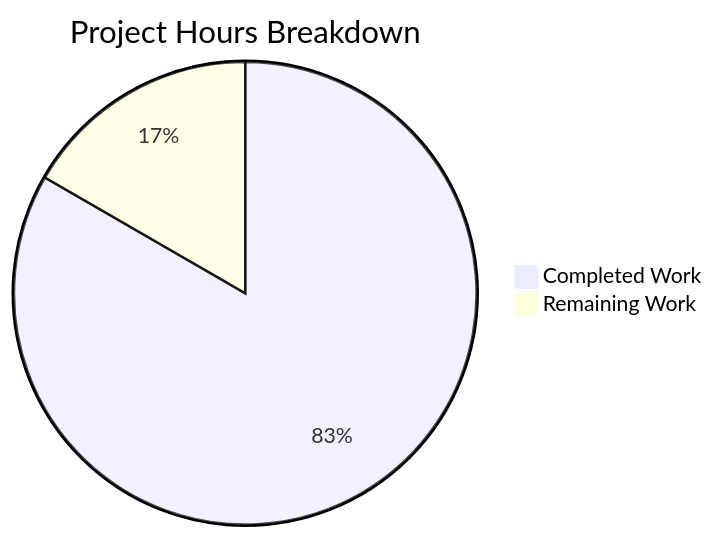
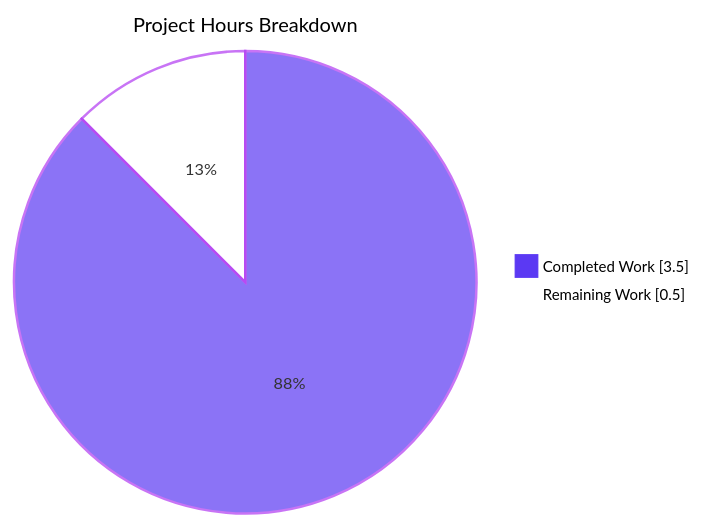
The second of 3 diagrams in blitzy/documentation/Project Guide.md (TestadoBlitzy/Existing-product), drawn with Mermaid before and after one commit. The commit also changed other lines of this file, not shown here.

Commit message:
Adding Blitzy Project Guide: Project Status and Human Tasks Remaining

````diff
--- a/blitzy/documentation/Project Guide.md
+++ b/blitzy/documentation/Project Guide.md
@@ -195,5 +227,7 @@
 ```mermaid
-pie title Project Hours Breakdown
-    "Completed Work" : 5
-    "Remaining Work" : 1
+%%{init: {"pie": {"textPosition": 0.5}, "themeVariables": {"pieOuterStrokeWidth": "0px", "pie1": "#5B39F3", "pie2": "#FFFFFF", "pieStrokeColor": "#B23AF2", "pieStrokeWidth": "2px", "pieTitleTextSize": "16px", "pieSectionTextSize": "13px", "pieLegendTextSize": "12px"}}}%%
+pie showData
+    title Project Hours Breakdown
+    "Completed Work" : 3.5
+    "Remaining Work" : 0.5
 ```
````
